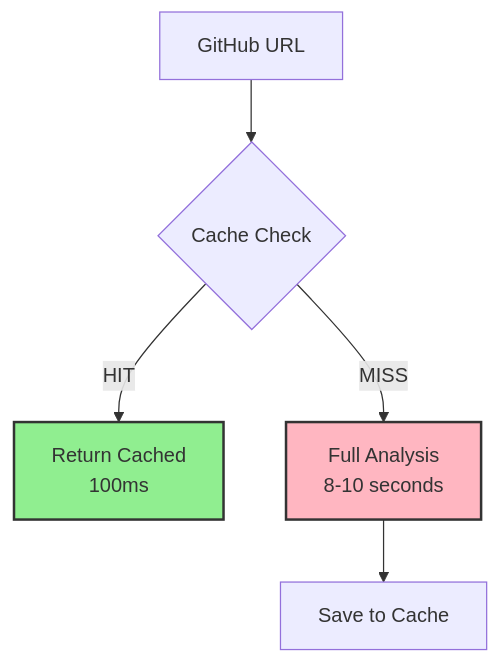
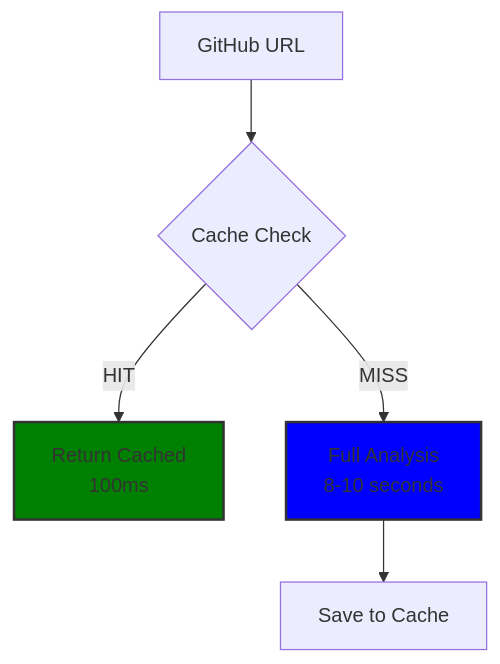
One commit to Aarzoo-Bansal/ai-demo-builder-2.0 changed the fourth of 4 diagrams in infrastructure/README.md. Above: the diagram before and after it, drawn with Mermaid.

````diff
--- a/infrastructure/README.md
+++ b/infrastructure/README.md
@@ -141,10 +141,10 @@
 ```mermaid
 flowchart TD
     A[GitHub URL] --> B{Cache Check}
     B -->|HIT| C[Return Cached<br/>100ms]
     B -->|MISS| D[Full Analysis<br/>8-10 seconds]
     D --> E[Save to Cache]
     
-    style C fill:#90EE90,stroke:#333,stroke-width:2px
-    style D fill:#FFB6C1,stroke:#333,stroke-width:2px
+    style C fill:green,stroke:#333,stroke-width:2px
+    style D fill:blue,stroke:#333,stroke-width:2px
 ```
````
